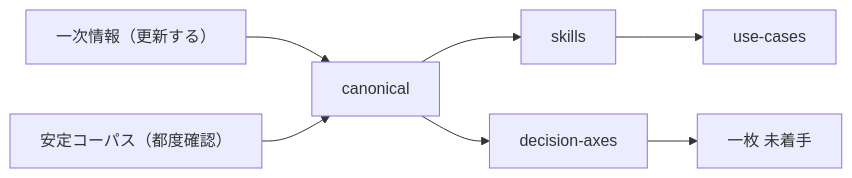
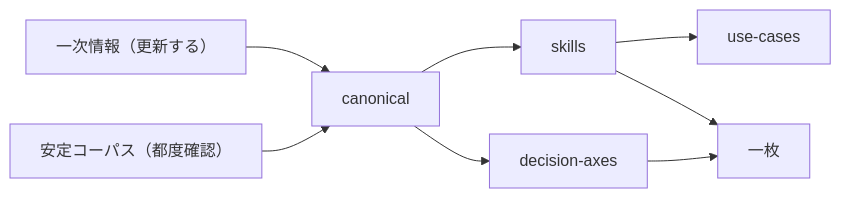
One commit to shuji-bonji/ai-design-advisor changed the diagram in README.md. Above: the diagram before and after it, drawn with Mermaid. The commit also changed other lines of this file and 1 other file, not shown here.

````diff
--- a/README.md
+++ b/README.md
@@ -61,9 +61,10 @@
 ```mermaid
 flowchart LR
   P["一次情報（更新する）"] --> C[canonical]
   S["安定コーパス（都度確認）"] --> C
   C --> K[skills]
   C --> A[decision-axes]
   K --> U[use-cases]
-  A --> W["一枚 未着手"]
+  K --> W["一枚"]
+  A --> W
 ```
````
